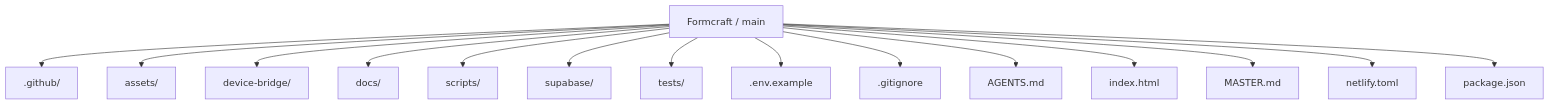
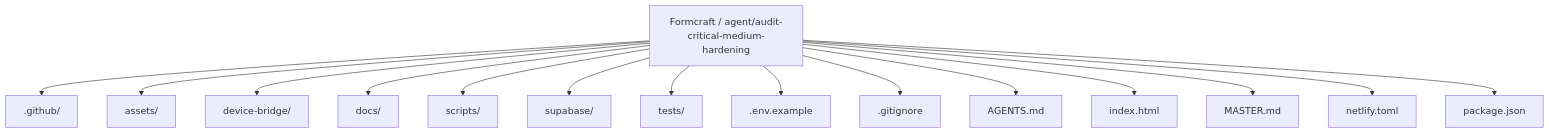
The first of 23 diagrams in README.md (Nischhalsubba/Formcraft), drawn with Mermaid before and after one commit. The commit also changed other lines of this file, not shown here.

````diff
--- a/README.md
+++ b/README.md
@@ -57,18 +57,18 @@
 ```mermaid
 flowchart TD
-    ROOT["Formcraft / main"]
+    ROOT["Formcraft / agent/audit-critical-medium-hardening"]
     ROOT --> P0[".github/"]
     ROOT --> P1["assets/"]
     ROOT --> P2["device-bridge/"]
     ROOT --> P3["docs/"]
     ROOT --> P4["scripts/"]
     ROOT --> P5["supabase/"]
     ROOT --> P6["tests/"]
     ROOT --> P7[".env.example"]
     ROOT --> P8[".gitignore"]
     ROOT --> P9["AGENTS.md"]
     ROOT --> P10["index.html"]
     ROOT --> P11["MASTER.md"]
     ROOT --> P12["netlify.toml"]
     ROOT --> P13["package.json"]
 ```
````
